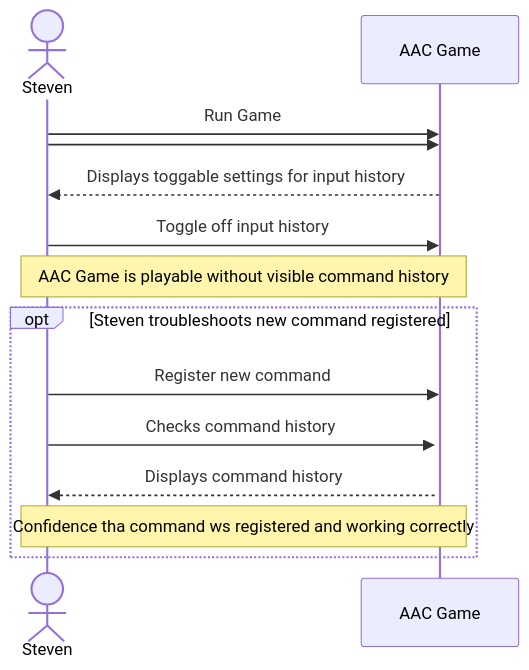
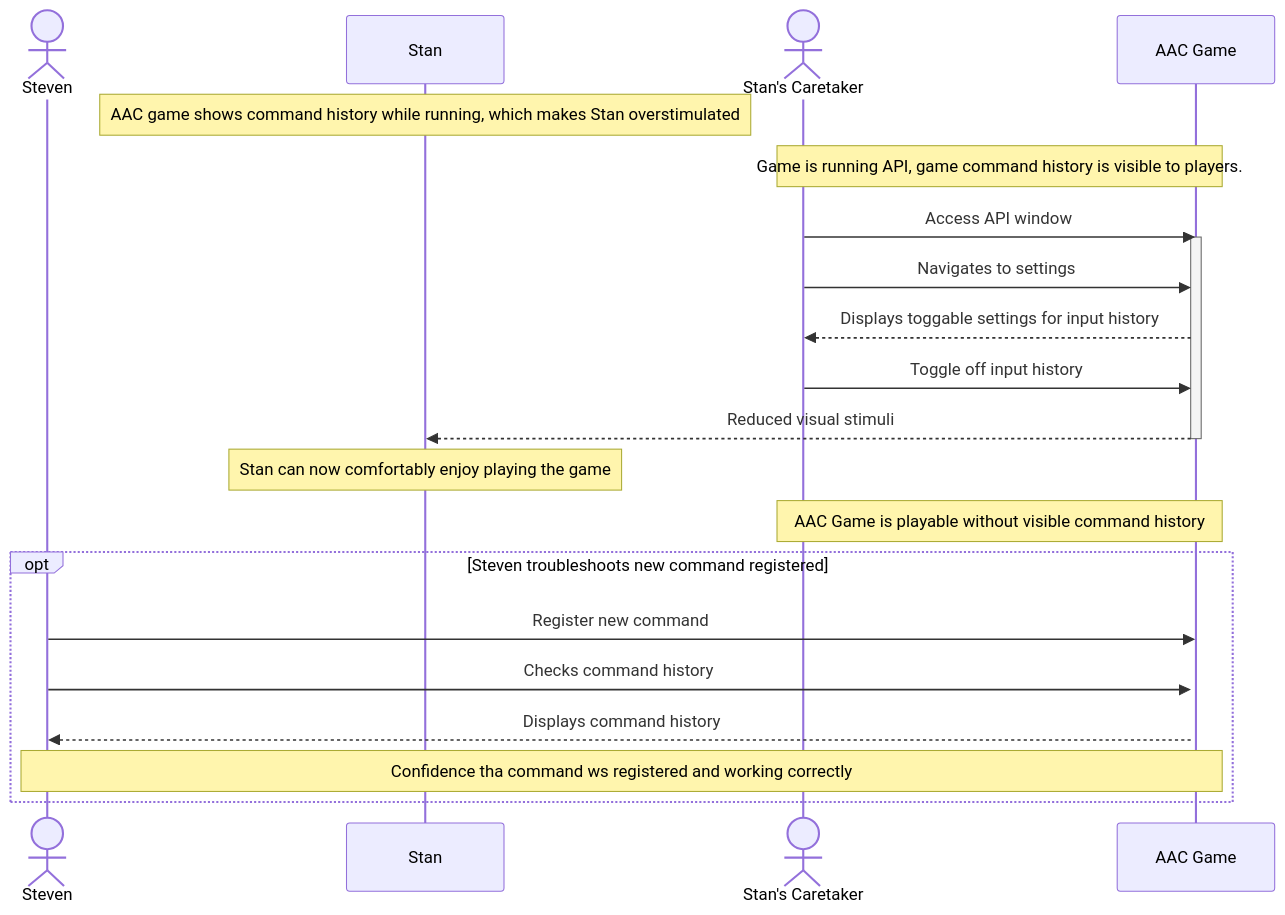
One commit to Capstone-Projects-2025-Fall/project-001-aac-api changed the eighth of 9 diagrams in documentation/docs/system-architecture/sequence-diagrams.md. Above: the diagram before and after it, drawn with Mermaid.

Commit message:
Remove changes to Sequence Diagram 8

````diff
--- a/documentation/docs/system-architecture/sequence-diagrams.md
+++ b/documentation/docs/system-architecture/sequence-diagrams.md
@@ -353,18 +353,27 @@
 ```mermaid
 sequenceDiagram
     actor Steven
-    Steven ->> AAC Game: Run Game
-    Steven ->> AAC Game: 
-    AAC Game -->> Steven: Displays toggable settings for input history
-    Steven ->> AAC Game: Toggle off input history
+    Note over Stan: AAC game shows command history while running, which makes Stan overstimulated
+    actor Stan's Caretaker
+    participant AAC Game
     
-    Note over Steven, AAC Game: AAC Game is playable without visible command history
+    Note over Stan's Caretaker, AAC Game: Game is running API, game command history is visible to players.
+    Stan's Caretaker ->> AAC Game: Access API window
+    activate AAC Game
+    Stan's Caretaker ->> AAC Game: Navigates to settings
+    AAC Game -->> Stan's Caretaker: Displays toggable settings for input history
+    Stan's Caretaker ->> AAC Game: Toggle off input history
+    
+    AAC Game -->> Stan: Reduced visual stimuli
+    deactivate AAC Game
+    Note over Stan: Stan can now comfortably enjoy playing the game
+    Note over Stan's Caretaker, AAC Game: AAC Game is playable without visible command history
     
     opt Steven troubleshoots new command registered
         Steven ->> AAC Game: Register new command
         activate AAC Game
         Steven ->> AAC Game: Checks command history
         AAC Game -->> Steven: Displays command history
         Note over Steven, AAC Game: Confidence tha command ws registered and working correctly
     end
 ```
````
